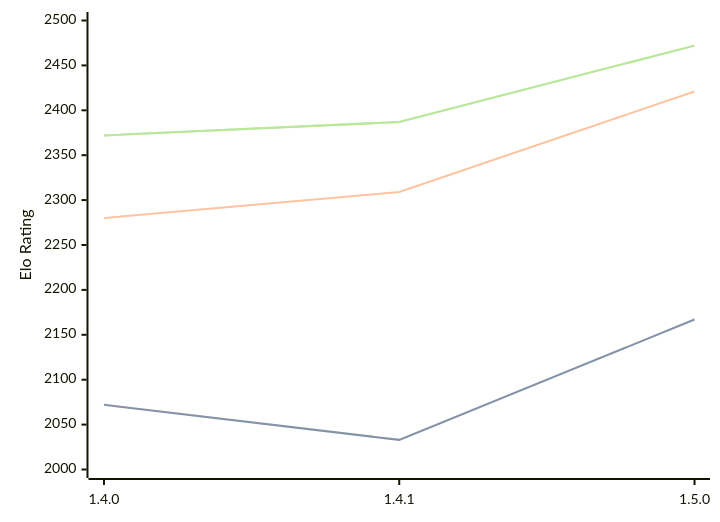
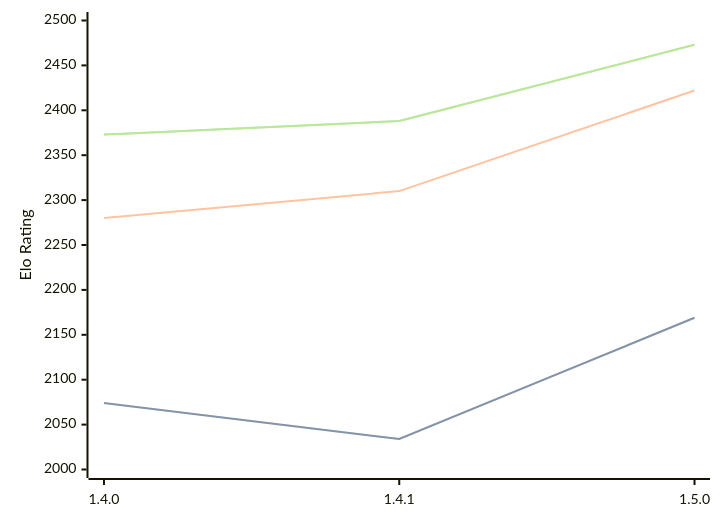
Before and after one commit to computer-chess-index/cci: the diagram in engines/Tofiks.md, drawn with Mermaid. The commit also changed other lines of this file, not shown here.

Commit message:
Update CCI Ratings (ELO VLTC) - 2026-07-24

````diff
--- a/engines/Tofiks.md
+++ b/engines/Tofiks.md
@@ -37,11 +37,11 @@
 ```mermaid
 %%{init: {"theme":"base","themeVariables":{"seriesColors:['#a3a3a3','#222221','#faa371']}}}%%
 xychart-beta
   x-axis ["1.4.0", "1.4.1", "1.5.0"]
   y-axis "Elo Rating" 2000 --> 2500
-  line "STC (8.0+0.08s)" [2072, 2033, 2167]
-  line "STC (8.0+0.08s)" [2072, 2033, 2167]
-  line "LTC (60.0+0.60s)" [2280, 2309, 2421]
-  line "VLTC (2m24s+1.12s)" [2372, 2387, 2472]
-  line "VLTC (2m24s+1.12s)" [2372, 2387, 2472]
+  line "STC (8.0+0.08s)" [2074, 2034, 2169]
+  line "STC (8.0+0.08s)" [2074, 2034, 2169]
+  line "LTC (60.0+0.60s)" [2280, 2310, 2422]
+  line "VLTC (2m24s+1.12s)" [2373, 2388, 2473]
+  line "VLTC (2m24s+1.12s)" [2373, 2388, 2473]
 ```
````
